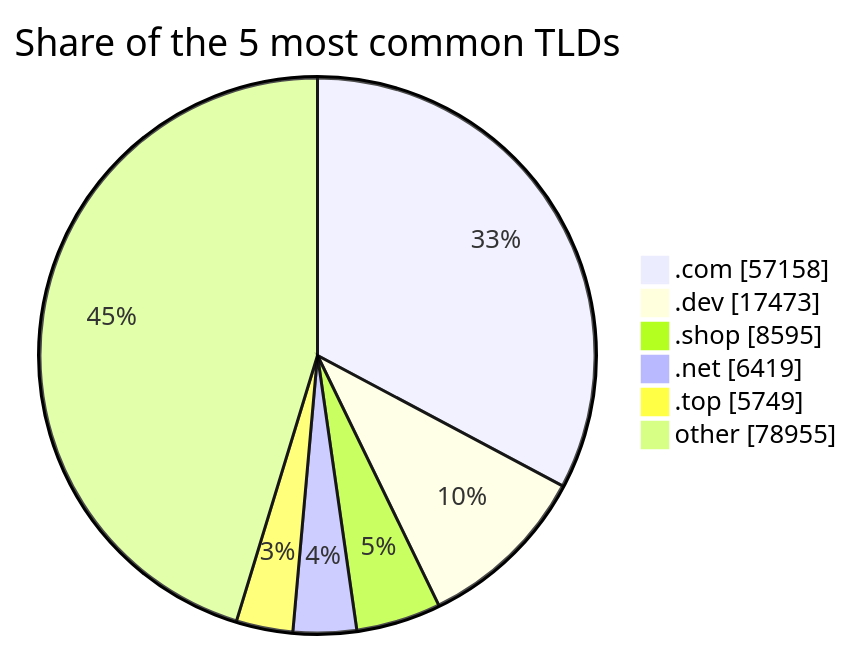
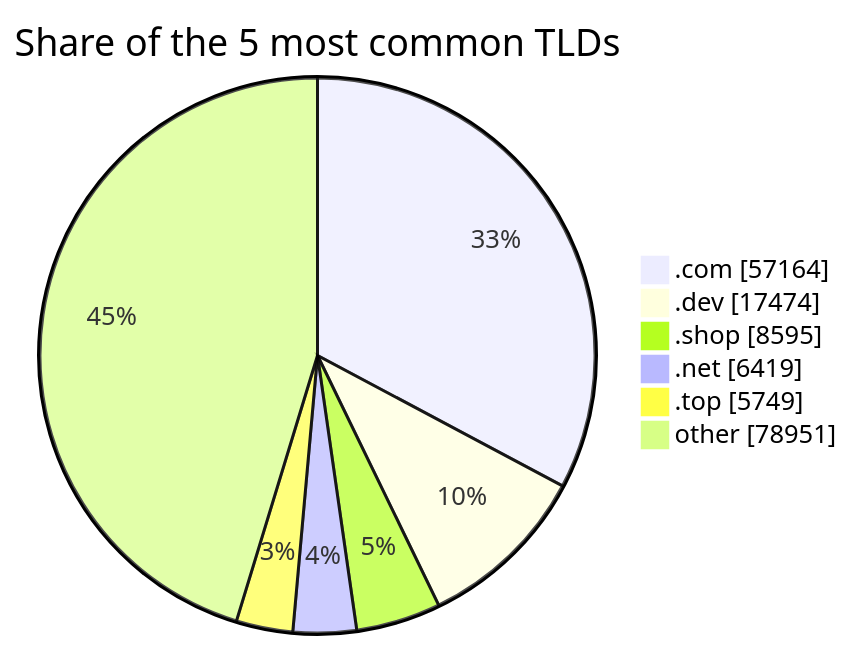
Before and after one commit to DNSBunker/CTI: the third of 3 diagrams in README.md, drawn with Mermaid. The commit also changed other lines of this file and 3 other files, not shown here.

````diff
--- a/README.md
+++ b/README.md
@@ -81,9 +81,9 @@
 ```mermaid
 pie showData title Share of the 5 most common TLDs
-    ".com" : 57158
-    ".dev" : 17473
+    ".com" : 57164
+    ".dev" : 17474
     ".shop" : 8595
     ".net" : 6419
     ".top" : 5749
-    "other" : 78955
+    "other" : 78951
 ```
````
